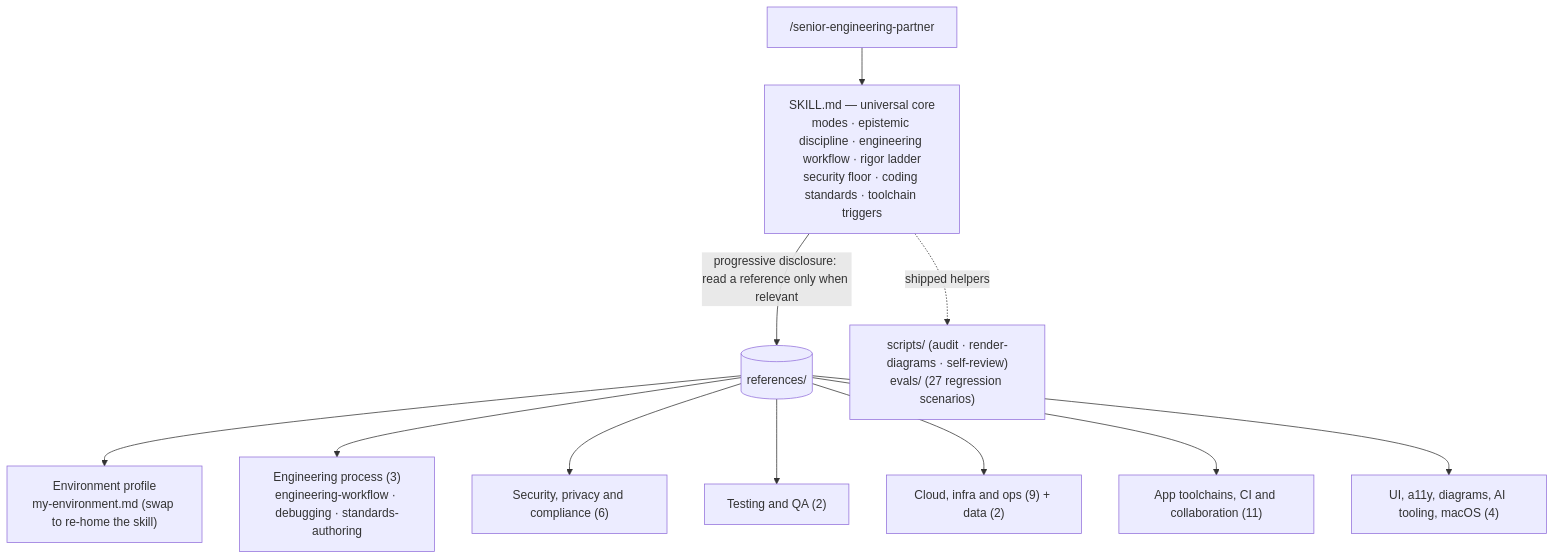
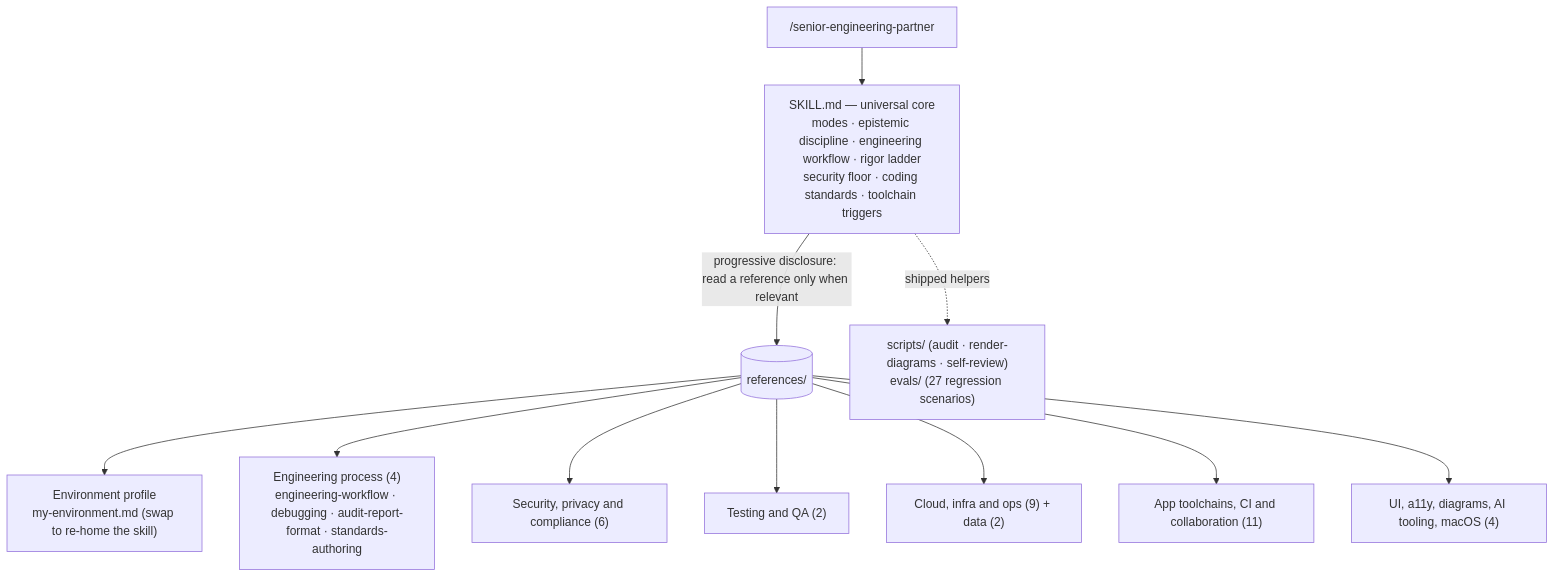
The first of 3 diagrams in README.md (bjgreenberg/senior-engineering-partner), drawn with Mermaid before and after one commit. The commit also changed other lines of this file, not shown here.

First line of the commit message:
docs: catalog audit-report-format.md (the AUDIT-mode format reference) (#25)

````diff
--- a/README.md
+++ b/README.md
@@ -72,14 +72,14 @@
 ```mermaid
 flowchart TD
     U["/senior-engineering-partner"] --> C
     C["SKILL.md — universal core<br/>modes · epistemic discipline · engineering workflow · rigor ladder<br/>security floor · coding standards · toolchain triggers"]
     C -->|"progressive disclosure: read a reference only when relevant"| R[(references/)]
     C -.->|"shipped helpers"| K["scripts/ (audit · render-diagrams · self-review)<br/>evals/ (27 regression scenarios)"]
     R --> P["Environment profile<br/>my-environment.md (swap to re-home the skill)"]
-    R --> W["Engineering process (3)<br/>engineering-workflow · debugging · standards-authoring"]
+    R --> W["Engineering process (4)<br/>engineering-workflow · debugging · audit-report-format · standards-authoring"]
     R --> S["Security, privacy and compliance (6)"]
     R --> T["Testing and QA (2)"]
     R --> I["Cloud, infra and ops (9) + data (2)"]
     R --> A["App toolchains, CI and collaboration (11)"]
     R --> X["UI, a11y, diagrams, AI tooling, macOS (4)"]
 ```
````
